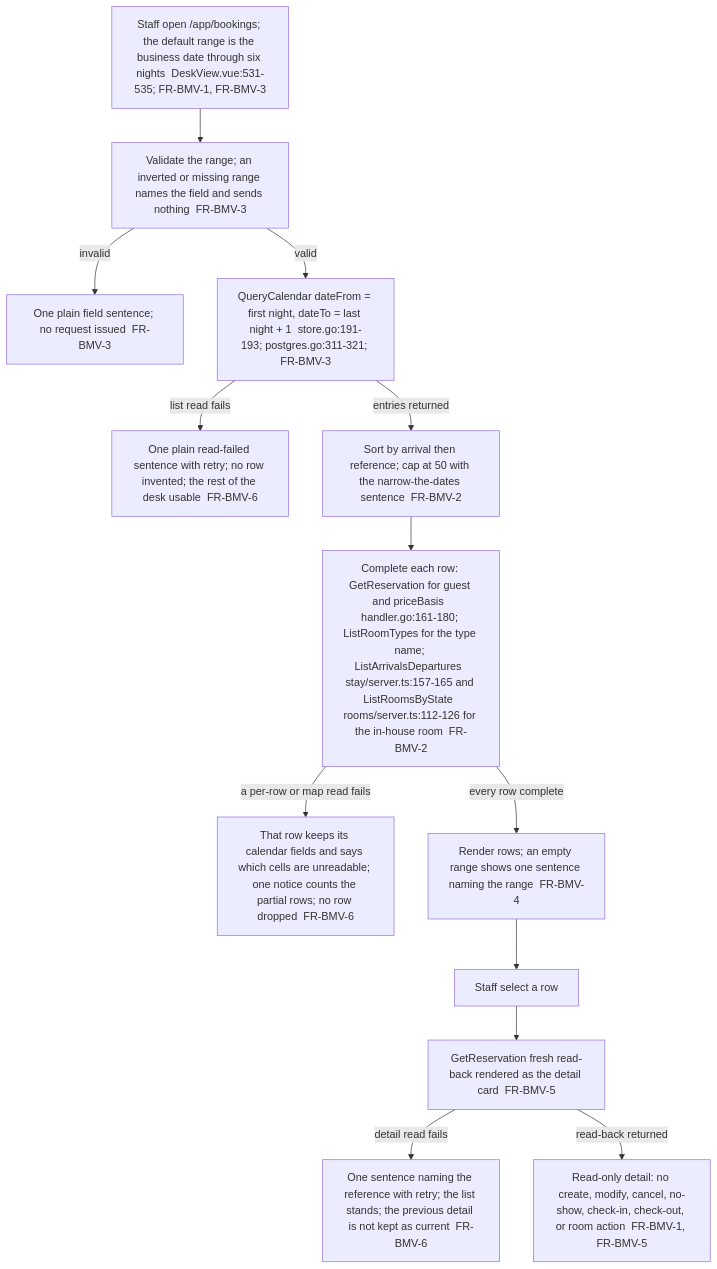
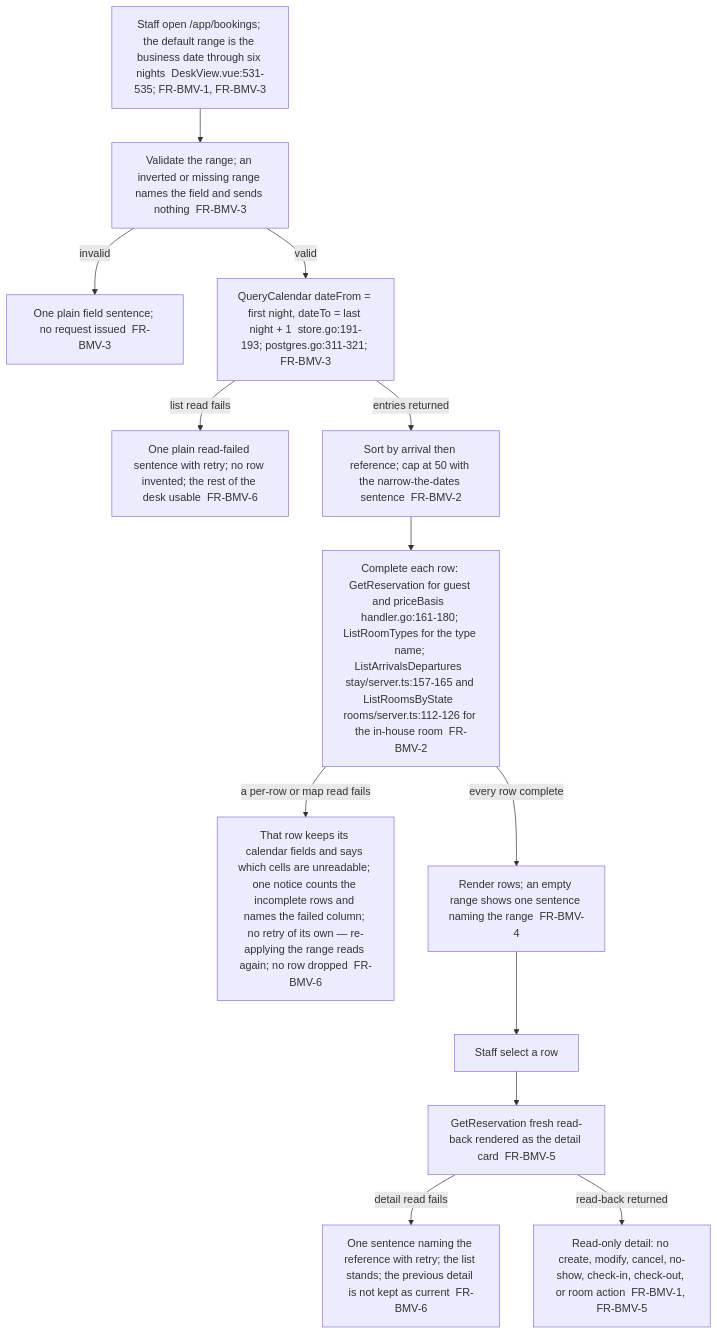
One commit to MingChen1501/hotel-mgmt changed the eighth of 8 diagrams in docs/requirements/mvp-requirements.md. Above: the diagram before and after it, drawn with Mermaid. The commit also changed other lines of this file and 2 other files, not shown here.

Commit message:
docs(requirements): Align FR-BMV-6 retry classes with the product spec (#648)

````diff
--- a/docs/requirements/mvp-requirements.md
+++ b/docs/requirements/mvp-requirements.md
@@ -5966,15 +5974,15 @@
 ```mermaid
 flowchart TD
     A[Staff open /app/bookings; the default range is the business date through six nights  DeskView.vue:531-535; FR-BMV-1, FR-BMV-3] --> B[Validate the range; an inverted or missing range names the field and sends nothing  FR-BMV-3]
     B -- invalid --> Z1[One plain field sentence; no request issued  FR-BMV-3]
     B -- valid --> C[QueryCalendar dateFrom = first night, dateTo = last night + 1  store.go:191-193; postgres.go:311-321; FR-BMV-3]
     C -- list read fails --> Z2[One plain read-failed sentence with retry; no row invented; the rest of the desk usable  FR-BMV-6]
     C -- entries returned --> D[Sort by arrival then reference; cap at 50 with the narrow-the-dates sentence  FR-BMV-2]
     D --> E[Complete each row: GetReservation for guest and priceBasis  handler.go:161-180; ListRoomTypes for the type name; ListArrivalsDepartures  stay/server.ts:157-165 and ListRoomsByState  rooms/server.ts:112-126 for the in-house room  FR-BMV-2]
-    E -- a per-row or map read fails --> Z3[That row keeps its calendar fields and says which cells are unreadable; one notice counts the partial rows; no row dropped  FR-BMV-6]
+    E -- a per-row or map read fails --> Z3[That row keeps its calendar fields and says which cells are unreadable; one notice counts the incomplete rows and names the failed column; no retry of its own — re-applying the range reads again; no row dropped  FR-BMV-6]
     E -- every row complete --> F[Render rows; an empty range shows one sentence naming the range  FR-BMV-4]
     F --> G[Staff select a row]
     G --> H[GetReservation fresh read-back rendered as the detail card  FR-BMV-5]
     H -- detail read fails --> Z4[One sentence naming the reference with retry; the list stands; the previous detail is not kept as current  FR-BMV-6]
     H -- read-back returned --> I[Read-only detail: no create, modify, cancel, no-show, check-in, check-out, or room action  FR-BMV-1, FR-BMV-5]
 ```
````
